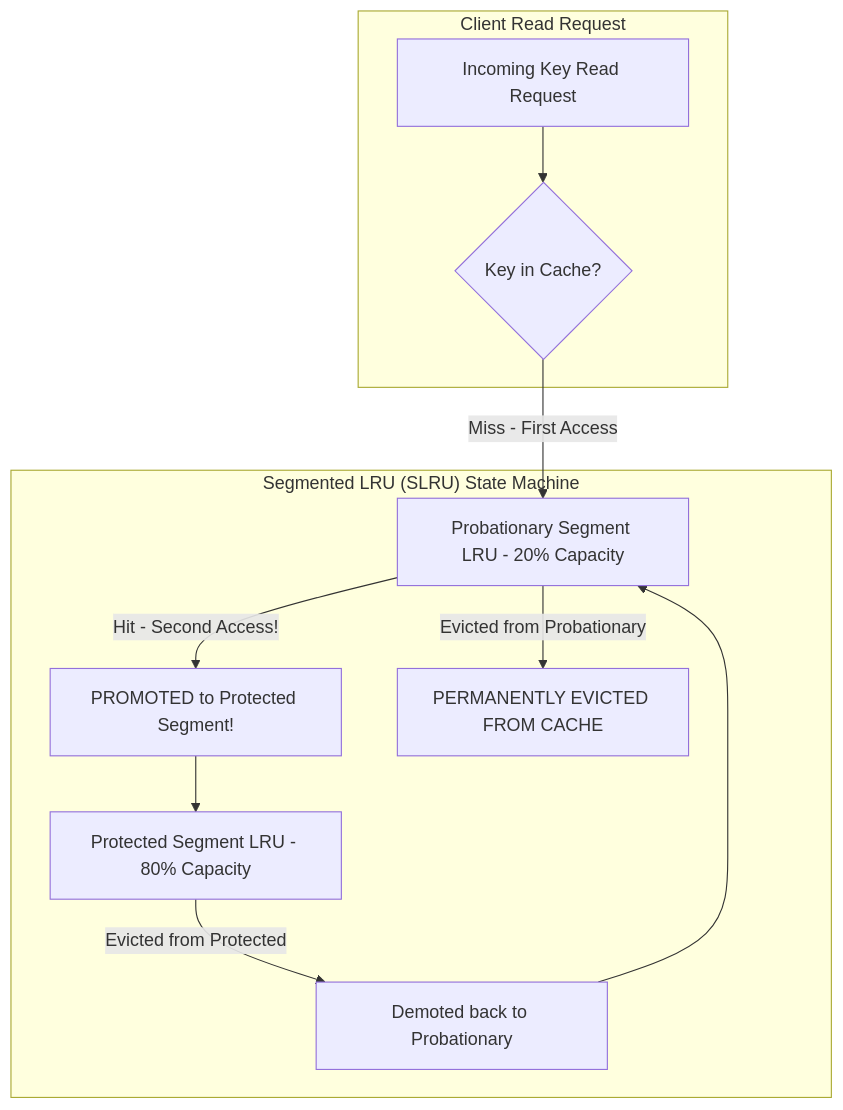
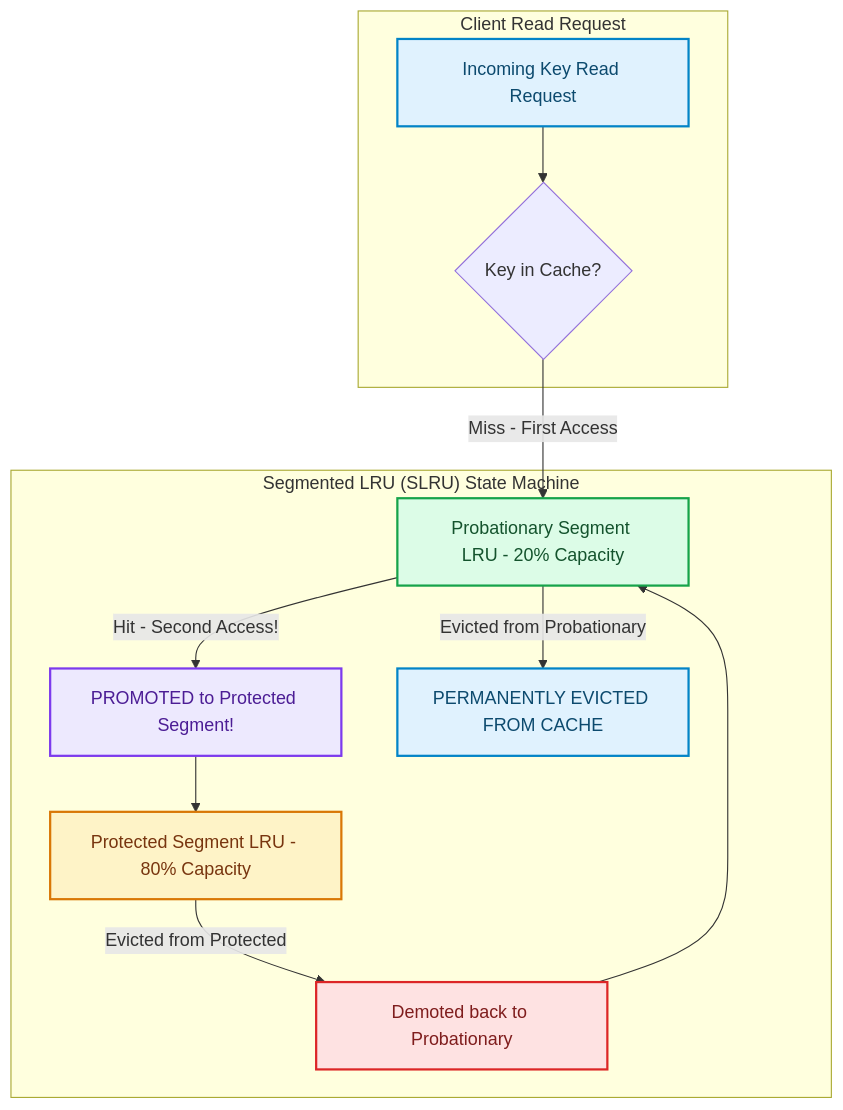
The diagram in blog/posts/cache-eviction-algorithms-lru-k-2q-segmented-lru.md (akmalkhaniub/akmalkhaniub.github.io), drawn with Mermaid before and after one commit. The commit also changed other lines of this file and 1291 other files, not shown here.

First line of the commit message:
feat(catalog): unique covers, scholarly references, and diagram palettes

````diff
--- a/blog/posts/cache-eviction-algorithms-lru-k-2q-segmented-lru.md
+++ b/blog/posts/cache-eviction-algorithms-lru-k-2q-segmented-lru.md
@@ -21,18 +21,29 @@
 ```mermaid
 flowchart TD
   subgraph SG1_ClientReadRequest ["Client Read Request"]
-    Req[Incoming Key Read Request] --> Check{Key in Cache?}
+    Req["Incoming Key Read Request"] --> Check{Key in Cache?}
   end
   
   subgraph SG2_SegmentedLruSlru ["Segmented LRU (SLRU) State Machine"]
-    Check -->|Miss - First Access| Prob[Probationary Segment LRU - 20% Capacity]
+    Check -->|Miss - First Access| Prob["Probationary Segment LRU - 20% Capacity"]
     
-    Prob -->|Hit - Second Access!| Promoted[PROMOTED to Protected Segment!]
-    Promoted --> Prot[Protected Segment LRU - 80% Capacity]
+    Prob -->|Hit - Second Access!| Promoted["PROMOTED to Protected Segment!"]
+    Promoted --> Prot["Protected Segment LRU - 80% Capacity"]
     
-    Prot -->|Evicted from Protected| Demoted[Demoted back to Probationary]
+    Prot -->|Evicted from Protected| Demoted["Demoted back to Probationary"]
     Demoted --> Prob
     
-    Prob -->|Evicted from Probationary| Evict[ PERMANENTLY EVICTED FROM CACHE]
+    Prob -->|Evicted from Probationary| Evict[" PERMANENTLY EVICTED FROM CACHE"]
   end
+
+classDef green fill:#dcfce7,stroke:#16a34a,stroke-width:2px,color:#14532d;
+classDef red fill:#fee2e2,stroke:#dc2626,stroke-width:2px,color:#7f1d1d;
+classDef blue fill:#e0f2fe,stroke:#0284c7,stroke-width:2px,color:#0c4a6e;
+classDef yellow fill:#fef3c7,stroke:#d97706,stroke-width:2px,color:#78350f;
+classDef purple fill:#ede9fe,stroke:#7c3aed,stroke-width:2px,color:#4c1d95;
+class Req,Evict blue
+class Prob green
+class Promoted purple
+class Prot yellow
+class Demoted red
 ```
````
